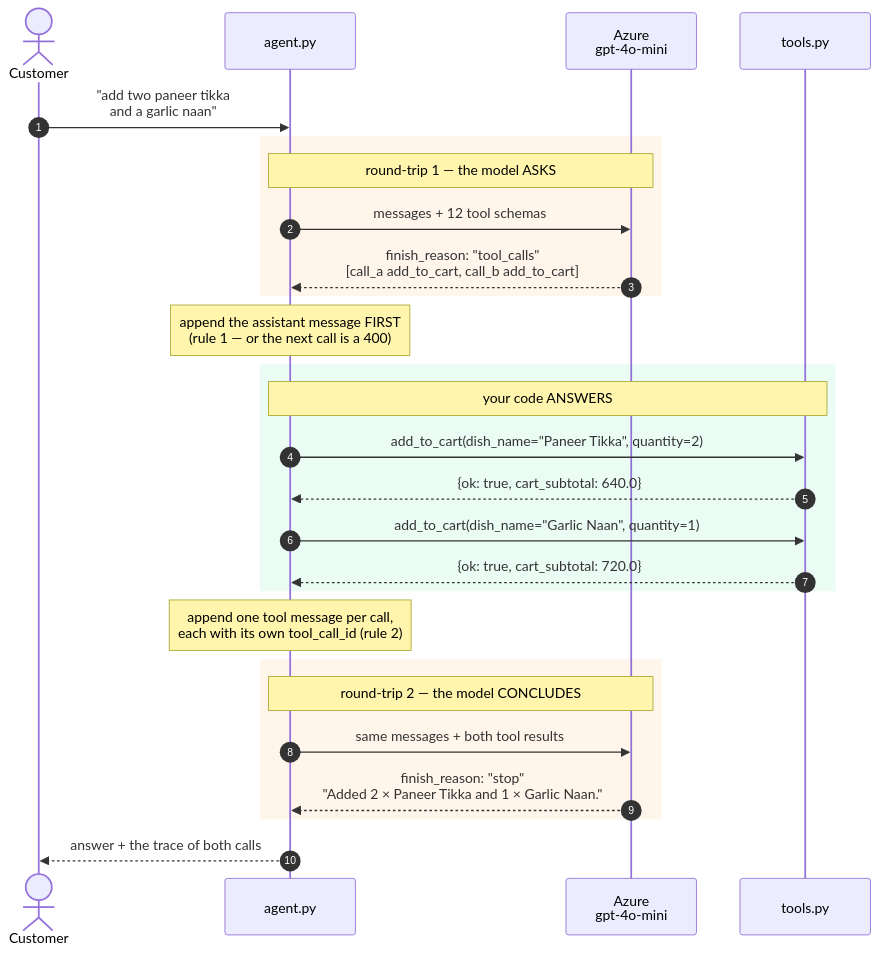
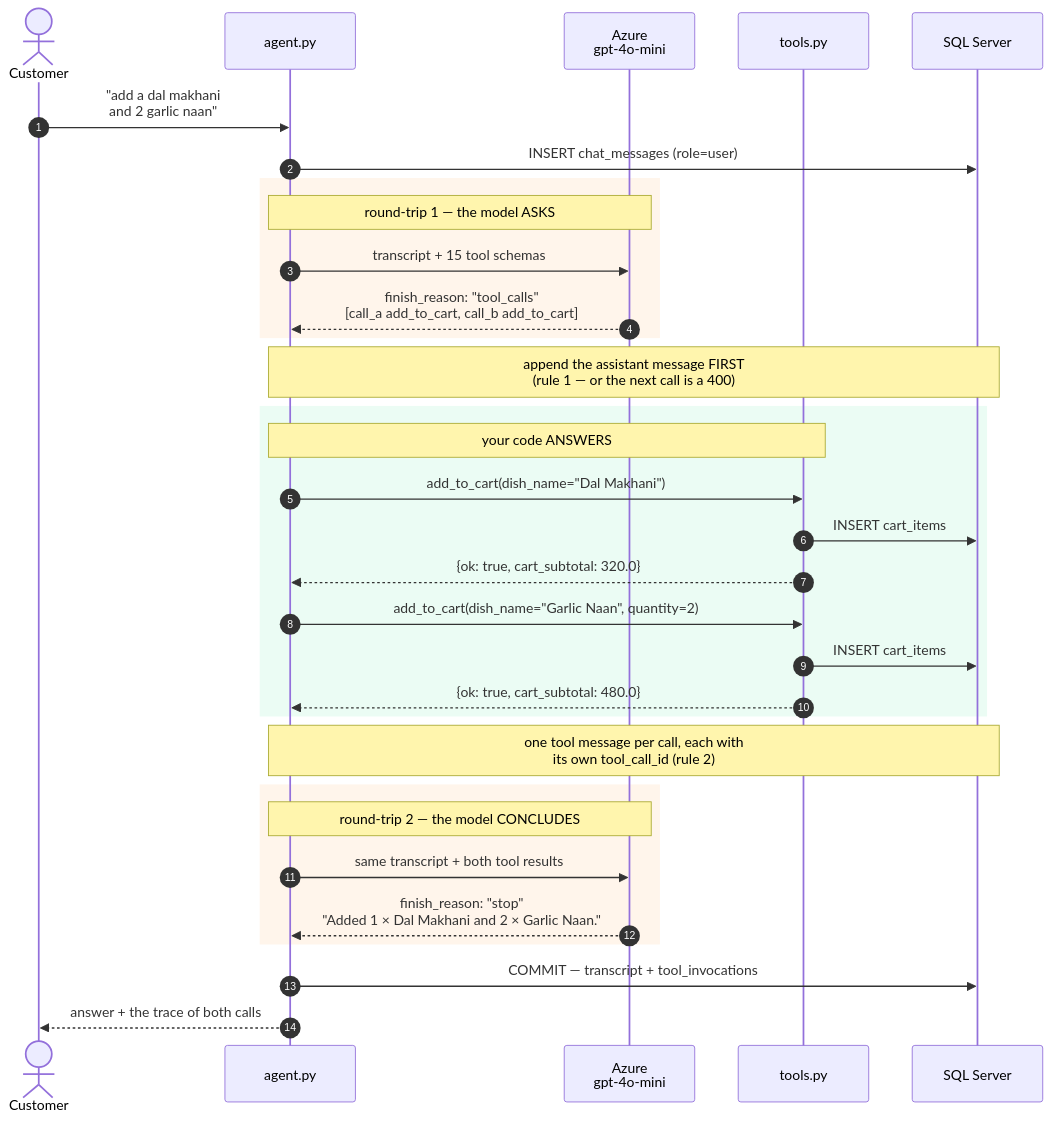
The third of 4 diagrams in README.md (MuhammadWaqar621/bites-and-bytes), drawn with Mermaid before and after one commit. The commit also changed other lines of this file and 22 other files, not shown here.

````diff
--- a/README.md
+++ b/README.md
@@ -253,36 +509,41 @@
 ```mermaid
 sequenceDiagram
     autonumber
     actor C as Customer
     participant A as agent.py
     participant M as Azure<br/>gpt-4o-mini
     participant T as tools.py
+    participant D as SQL Server
 
-    C->>A: "add two paneer tikka<br/>and a garlic naan"
+    C->>A: "add a dal makhani<br/>and 2 garlic naan"
+    A->>D: INSERT chat_messages (role=user)
 
     rect rgba(255,154,60,0.10)
     note over A,M: round-trip 1 — the model ASKS
-    A->>M: messages + 12 tool schemas
+    A->>M: transcript + 15 tool schemas
     M-->>A: finish_reason: "tool_calls"<br/>[call_a add_to_cart, call_b add_to_cart]
     end
 
-    note over A: append the assistant message FIRST<br/>(rule 1 — or the next call is a 400)
+    note over A,D: append the assistant message FIRST<br/>(rule 1 — or the next call is a 400)
 
     rect rgba(61,220,151,0.10)
     note over A,T: your code ANSWERS
-    A->>T: add_to_cart(dish_name="Paneer Tikka", quantity=2)
-    T-->>A: {ok: true, cart_subtotal: 640.0}
-    A->>T: add_to_cart(dish_name="Garlic Naan", quantity=1)
-    T-->>A: {ok: true, cart_subtotal: 720.0}
+    A->>T: add_to_cart(dish_name="Dal Makhani")
+    T->>D: INSERT cart_items
+    T-->>A: {ok: true, cart_subtotal: 320.0}
+    A->>T: add_to_cart(dish_name="Garlic Naan", quantity=2)
+    T->>D: INSERT cart_items
+    T-->>A: {ok: true, cart_subtotal: 480.0}
     end
 
-    note over A: append one tool message per call,<br/>each with its own tool_call_id (rule 2)
+    note over A,D: one tool message per call, each with<br/>its own tool_call_id (rule 2)
 
     rect rgba(255,154,60,0.10)
     note over A,M: round-trip 2 — the model CONCLUDES
-    A->>M: same messages + both tool results
-    M-->>A: finish_reason: "stop"<br/>"Added 2 × Paneer Tikka and 1 × Garlic Naan."
+    A->>M: same transcript + both tool results
+    M-->>A: finish_reason: "stop"<br/>"Added 1 × Dal Makhani and 2 × Garlic Naan."
     end
 
+    A->>D: COMMIT — transcript + tool_invocations
     A-->>C: answer + the trace of both calls
 ```
````
